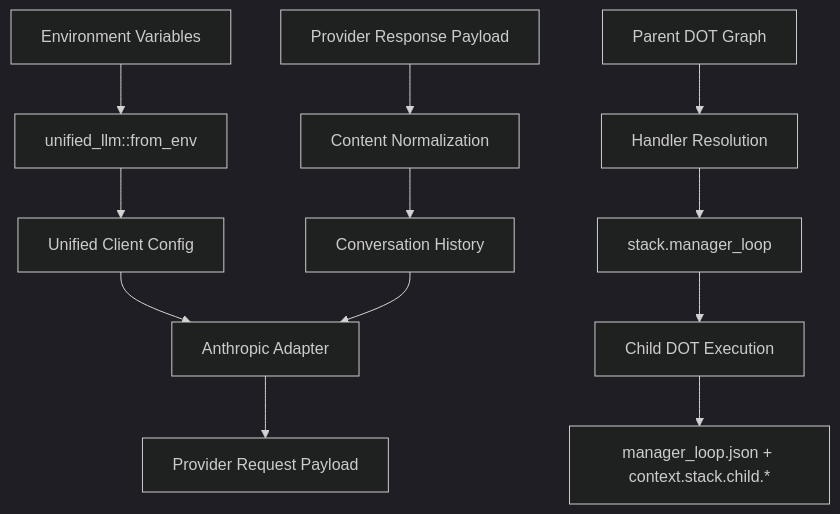
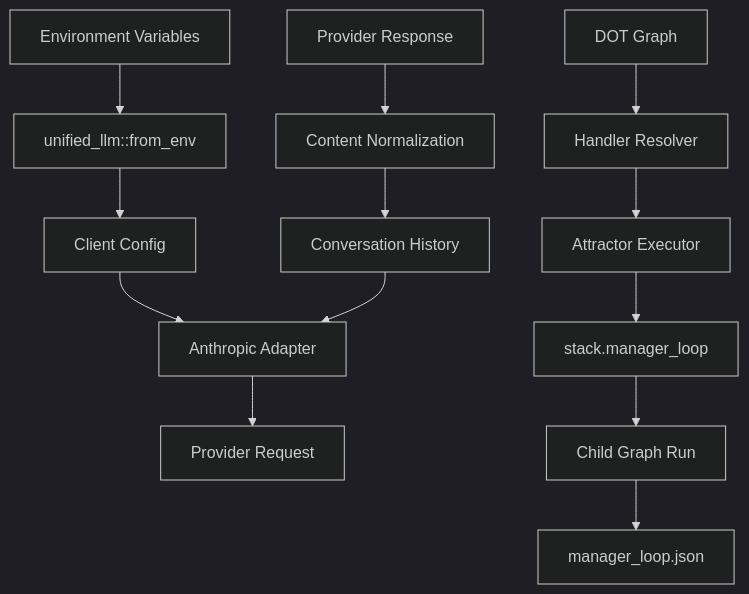
The fourth of 5 diagrams in docs/sprints/SPRINT-006-nlspec-adherence-gap-closure.md (jaytaylor/attractor-tcl), drawn with Mermaid (dark theme) before and after one commit. The commit also changed other lines of this file, not shown here.

````diff
--- a/docs/sprints/SPRINT-006-nlspec-adherence-gap-closure.md
+++ b/docs/sprints/SPRINT-006-nlspec-adherence-gap-closure.md
@@ -752,15 +560,16 @@
 ```mermaid
 flowchart TD
   ENV[Environment Variables] --> FROMENV[unified_llm::from_env]
-  FROMENV --> CLIENT[Unified Client Config]
-  CLIENT --> ADAPTER[Anthropic Adapter]
-  ADAPTER --> REQUEST[Provider Request Payload]
-  RESPONSE[Provider Response Payload] --> NORMALIZE[Content Normalization]
+  FROMENV --> CLIENTCFG[Client Config]
+  CLIENTCFG --> ADAPTER[Anthropic Adapter]
+  ADAPTER --> REQ[Provider Request]
+  RESP[Provider Response] --> NORMALIZE[Content Normalization]
   NORMALIZE --> HISTORY[Conversation History]
   HISTORY --> ADAPTER
 
-  DOT[Parent DOT Graph] --> RESOLVE[Handler Resolution]
-  RESOLVE --> MANAGER[stack.manager_loop]
-  MANAGER --> CHILD[Child DOT Execution]
-  CHILD --> TELEMETRY[manager_loop.json + context.stack.child.*]
+  DOT[DOT Graph] --> RESOLVER[Handler Resolver]
+  RESOLVER --> EXEC[Attractor Executor]
+  EXEC --> LOOP[stack.manager_loop]
+  LOOP --> CHILD[Child Graph Run]
+  CHILD --> TELEMETRY[manager_loop.json]
 ```
````
